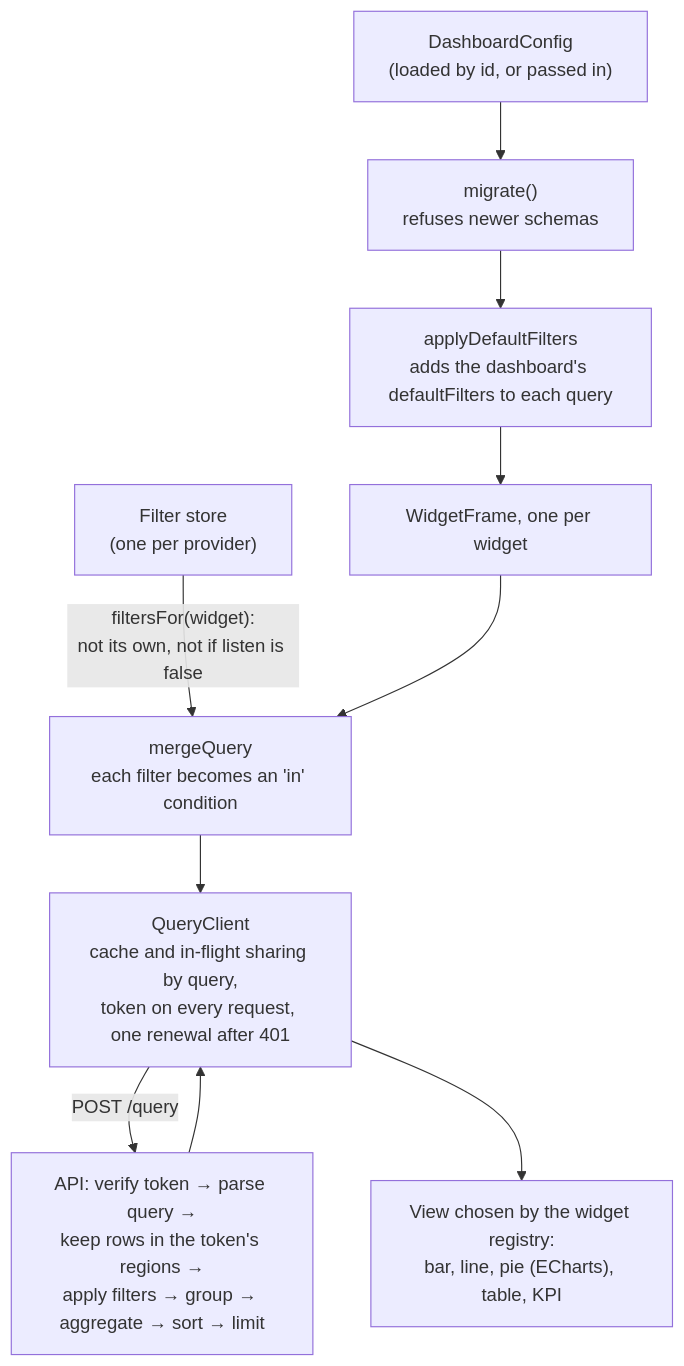
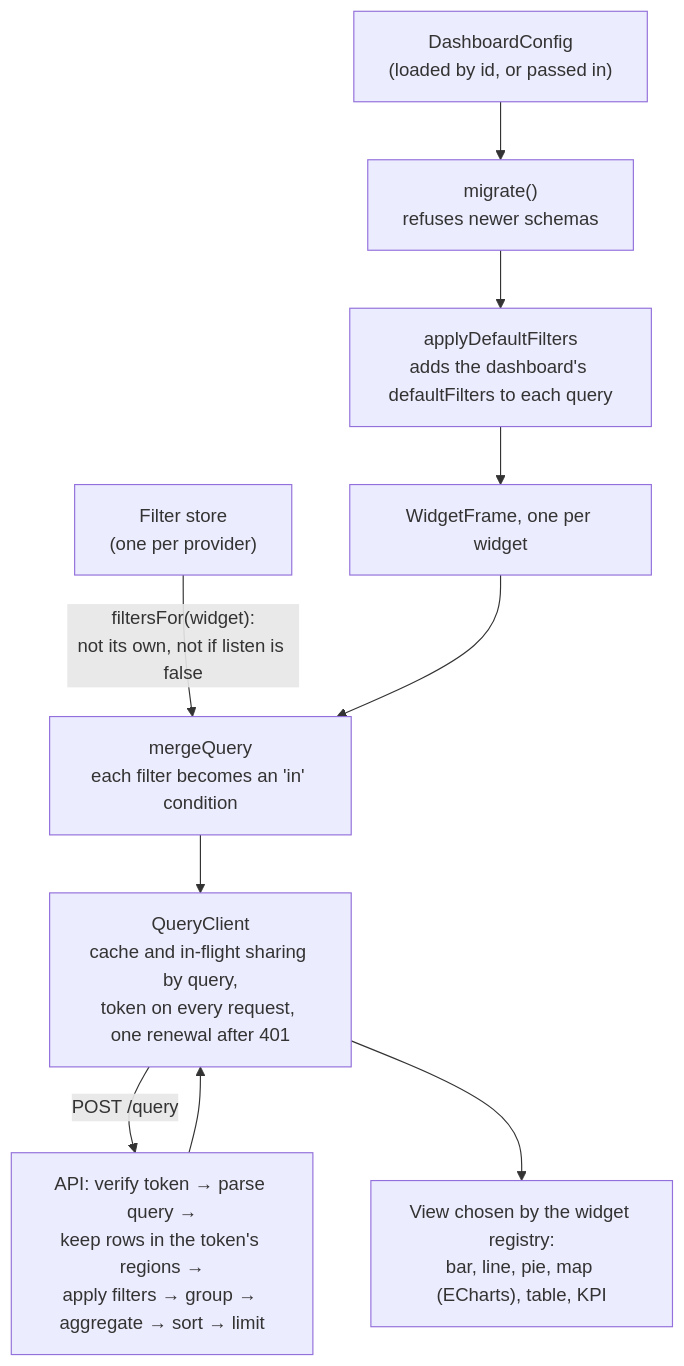
The second of 6 diagrams in docs/ARCHITECTURE.md (rAcHiT1234766/fe-06), drawn with Mermaid before and after one commit. The commit also changed 37 other files, not shown here.

````diff
--- a/docs/ARCHITECTURE.md
+++ b/docs/ARCHITECTURE.md
@@ -78,12 +78,12 @@
 ```mermaid
 flowchart TD
   CFG["DashboardConfig<br/>(loaded by id, or passed in)"] --> MIG["migrate()<br/>refuses newer schemas"]
   MIG --> DEF["applyDefaultFilters<br/>adds the dashboard's defaultFilters to each query"]
   DEF --> W["WidgetFrame, one per widget"]
   FS["Filter store<br/>(one per provider)"] -- "filtersFor(widget):<br/>not its own, not if listen is false" --> MQ
   W --> MQ["mergeQuery<br/>each filter becomes an 'in' condition"]
   MQ --> QC["QueryClient<br/>cache and in-flight sharing by query,<br/>token on every request, one renewal after 401"]
   QC -- "POST /query" --> API["API: verify token → parse query →<br/>keep rows in the token's regions →<br/>apply filters → group → aggregate → sort → limit"]
   API --> QC
-  QC --> V["View chosen by the widget registry:<br/>bar, line, pie (ECharts), table, KPI"]
+  QC --> V["View chosen by the widget registry:<br/>bar, line, pie, map (ECharts), table, KPI"]
 ```
````
